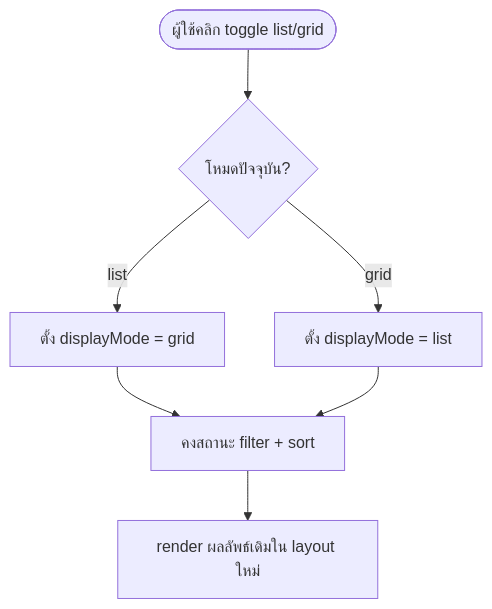
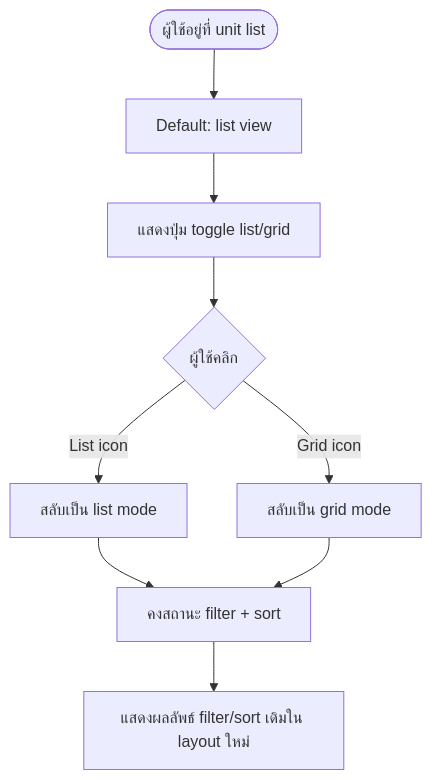
The diagram in th/inventory/master-data/unit.md (CarmenSoftware-organization/carmen-wiki), drawn with Mermaid before and after one commit. The commit also changed other lines of this file and 20 other files, not shown here.

Commit message:
fix(product,master-data,recipe): correct 13 diagrams against code, drop disabled-export diagram (review round 1)

````diff
--- a/th/inventory/master-data/unit.md
+++ b/th/inventory/master-data/unit.md
@@ -37,9 +37,11 @@
 ```mermaid
 flowchart TD
-    Start(["ผู้ใช้คลิก toggle list/grid"]) --> CurrentMode{"โหมดปัจจุบัน?"}
-    CurrentMode -->|"list"| SetGrid["ตั้ง displayMode = grid"]
-    CurrentMode -->|"grid"| SetList["ตั้ง displayMode = list"]
-    SetGrid --> Preserve["คงสถานะ filter + sort"]
-    SetList --> Preserve
-    Preserve --> Render["render ผลลัพธ์เดิมใน layout ใหม่"]
+    Start(["ผู้ใช้อยู่ที่ unit list"]) --> DefaultView["Default: list view"]
+    DefaultView --> ShowToggle["แสดงปุ่ม toggle list/grid"]
+    ShowToggle --> UserClick{"ผู้ใช้คลิก"}
+    UserClick -->|"List icon"| SwitchToList["สลับเป็น list mode"]
+    UserClick -->|"Grid icon"| SwitchToGrid["สลับเป็น grid mode"]
+    SwitchToList --> Preserve["คงสถานะ filter + sort"]
+    SwitchToGrid --> Preserve
+    Preserve --> ShowSameData["แสดงผลลัพธ์ filter/sort เดิมใน layout ใหม่"]
 ```
````
